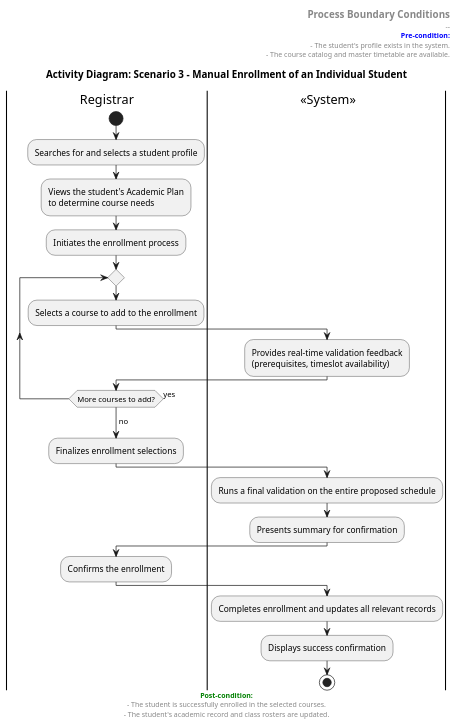
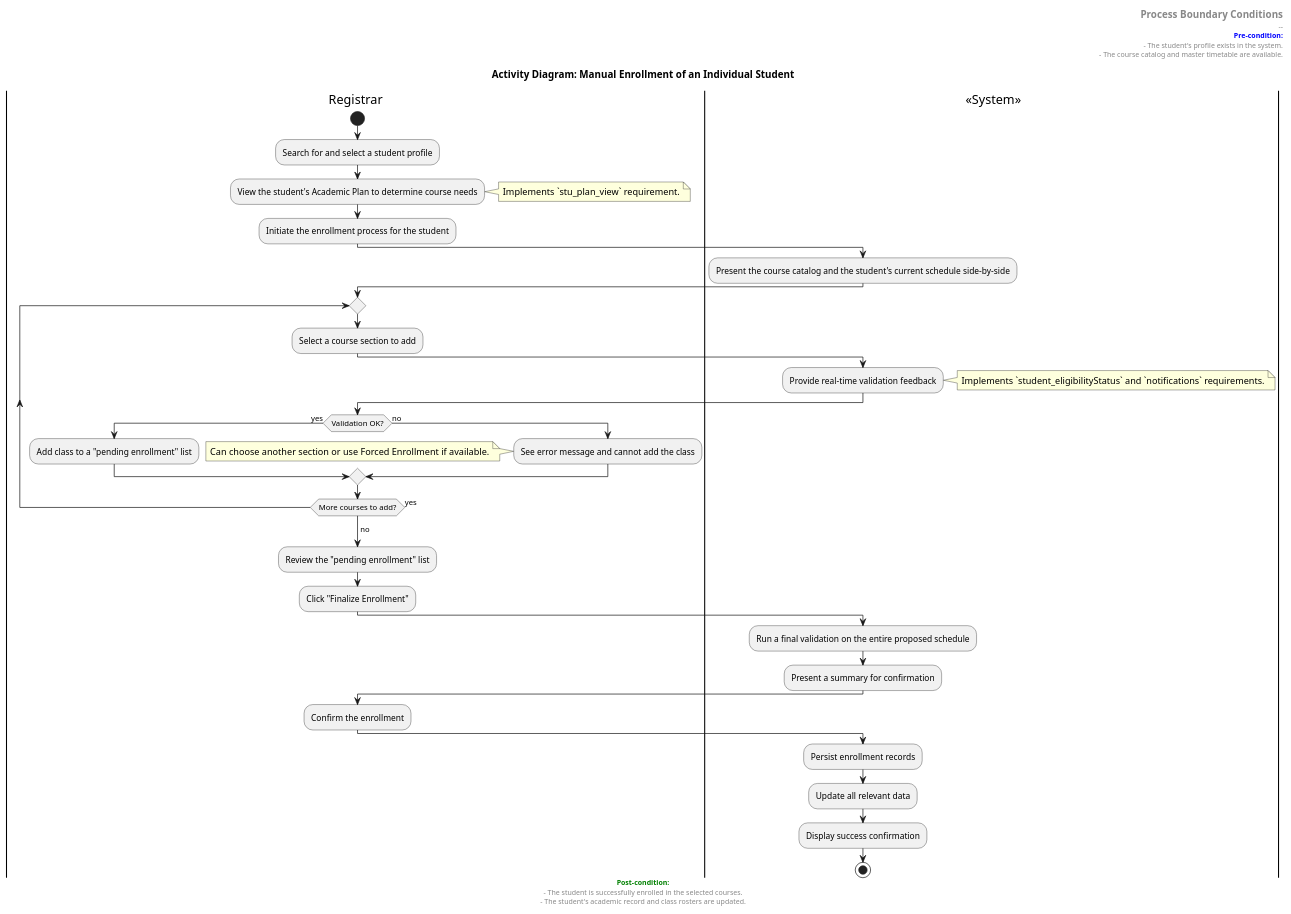
The diagram in resources/activity-diagram/scenarios/manual-enrollment.puml (zrock-dev-backup/kawsay), drawn with PlantUML before and after one commit. The commit also changed 1 other file, not shown here.

Commit message:
refactor(enrollmetn): review

```diff
--- a/resources/activity-diagram/scenarios/manual-enrollment.puml
+++ b/resources/activity-diagram/scenarios/manual-enrollment.puml
@@ -1,52 +1,67 @@
 @startuml
-title Activity Diagram: Scenario 3 - Manual Enrollment of an Individual Student
+title Activity Diagram: Manual Enrollment of an Individual Student
 
 header
-  <font size=14><b>Process Boundary Conditions</b></font>
-  --
-  <font color=blue><b>Pre-condition:</b></font>
-  - The student's profile exists in the system.
-  - The course catalog and master timetable are available.
-endheader
+<font size=14><b>Process Boundary Conditions</b></font>
+--
+<font color=blue><b>Pre-condition:</b></font>
+- The student's profile exists in the system.
+- The course catalog and master timetable are available.
+end header
 
 footer
-  <font color=green><b>Post-condition:</b></font>
-  - The student is successfully enrolled in the selected courses.
-  - The student's academic record and class rosters are updated.
-endfooter
+<font color=green><b>Post-condition:</b></font>
+- The student is successfully enrolled in the selected courses.
+- The student's academic record and class rosters are updated.
+end footer
 
 skinparam activity {
     BackgroundColor<<System>> LightBlue
     BorderColor<<System>> #0000FF
     BackgroundColor<<Registrar>> Beige
     BorderColor<<Registrar>> #8B4513
 }
 
 |Registrar|
 start
-:Searches for and selects a student profile;
-:Views the student's Academic Plan\nto determine course needs;
-:Initiates the enrollment process;
+:Search for and select a student profile;
+:View the student's Academic Plan to determine course needs;
+note right: Implements `stu_plan_view` requirement.
+:Initiate the enrollment process for the student;
 
+|System| <<System>>
+:Present the course catalog and the student's current schedule side-by-side;
+
+|Registrar|
 repeat
-  :Selects a course to add to the enrollment;
+  :Select a course section to add;
   |System| <<System>>
-  :Provides real-time validation feedback\n(prerequisites, timeslot availability);
-|Registrar|
+  :Provide real-time validation feedback;
+  note right: Implements `student_eligibilityStatus` and `notifications` requirements.
+  |Registrar|
+  if (Validation OK?) then (yes)
+    :Add class to a "pending enrollment" list;
+  else (no)
+    :See error message and cannot add the class;
+    note left: Can choose another section or use Forced Enrollment if available.
+  endif
 repeat while (More courses to add?) is (yes)
 -> no;
 
-:Finalizes enrollment selections;
+:Review the "pending enrollment" list;
+:Click "Finalize Enrollment";
 
 |System| <<System>>
-:Runs a final validation on the entire proposed schedule;
-:Presents summary for confirmation;
+:Run a final validation on the entire proposed schedule;
+:Present a summary for confirmation;
 
 |Registrar|
-:Confirms the enrollment;
+:Confirm the enrollment;
 
 |System| <<System>>
-:Completes enrollment and updates all relevant records;
-:Displays success confirmation;
+:Persist enrollment records;
+:Update all relevant data;
+:Display success confirmation;
+
 stop
 @enduml
```
